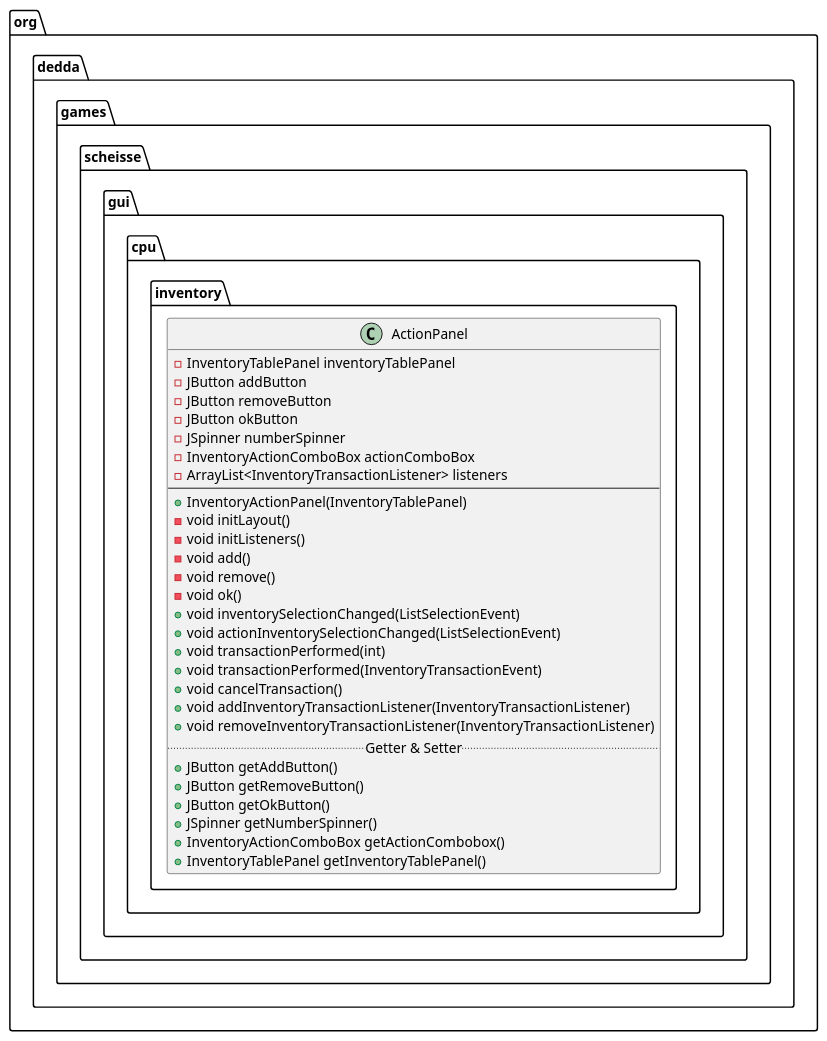
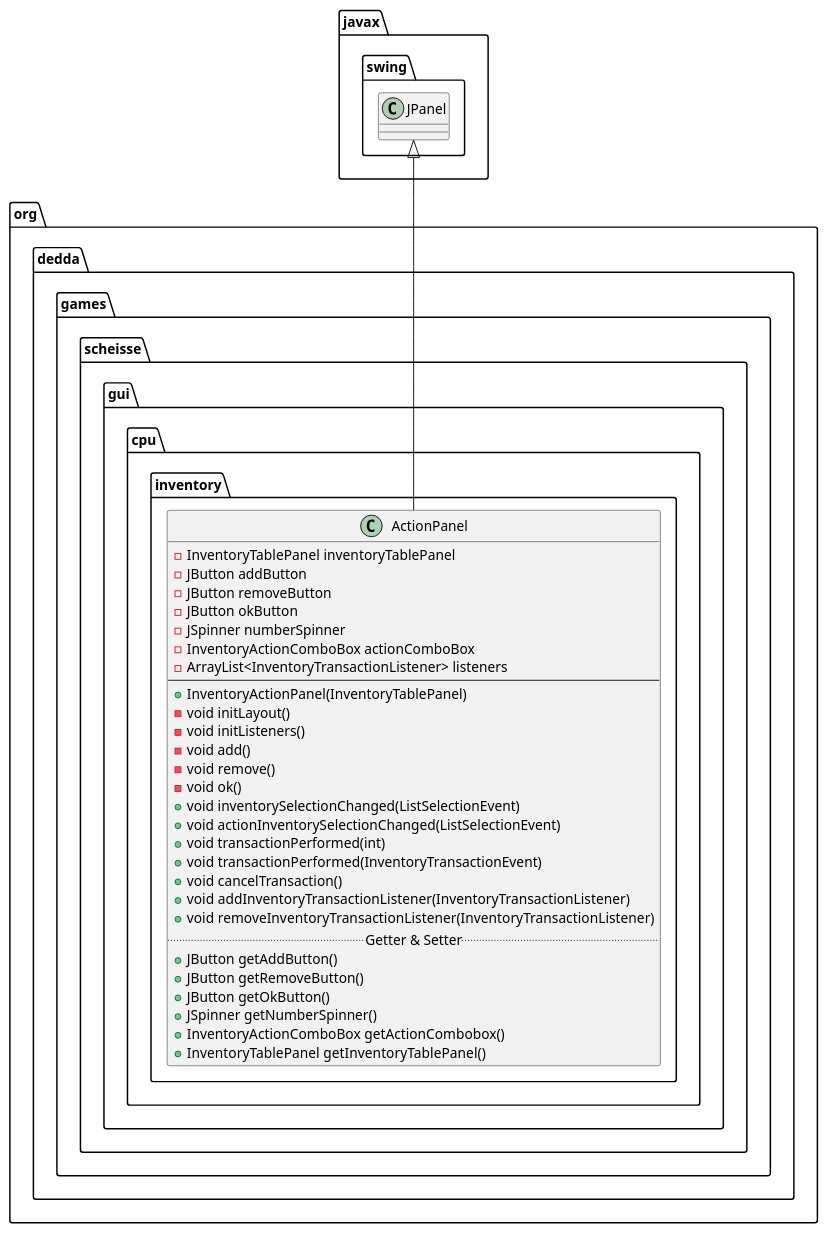
Before and after one commit to gitter-badger/scheisse: the diagram in uml/classes/org.dedda.games.scheisse.gui.cpu.inventory.ActionPanel.puml, drawn with PlantUML. The commit also changed 16 other files, not shown here.

Commit message:
added more classes to uml and started to implement service client classes

```diff
--- a/uml/classes/org.dedda.games.scheisse.gui.cpu.inventory.ActionPanel.puml
+++ b/uml/classes/org.dedda.games.scheisse.gui.cpu.inventory.ActionPanel.puml
@@ -1,32 +1,36 @@
 @startuml
+class javax.swing.JPanel
+
 class org.dedda.games.scheisse.gui.cpu.inventory.ActionPanel{
     - InventoryTablePanel inventoryTablePanel
     - JButton addButton
     - JButton removeButton
     - JButton okButton
     - JSpinner numberSpinner
     - InventoryActionComboBox actionComboBox
     - ArrayList<InventoryTransactionListener> listeners
     --
     + InventoryActionPanel(InventoryTablePanel)
     - void initLayout()
     - void initListeners()
     - void add()
     - void remove()
     - void ok()
     + void inventorySelectionChanged(ListSelectionEvent)
     + void actionInventorySelectionChanged(ListSelectionEvent)
     + void transactionPerformed(int)
     + void transactionPerformed(InventoryTransactionEvent)
     + void cancelTransaction()
     + void addInventoryTransactionListener(InventoryTransactionListener)
     + void removeInventoryTransactionListener(InventoryTransactionListener)
     .. Getter & Setter ..
     + JButton getAddButton()
     + JButton getRemoveButton()
     + JButton getOkButton()
     + JSpinner getNumberSpinner()
     + InventoryActionComboBox getActionCombobox()
     + InventoryTablePanel getInventoryTablePanel()
 }
+
+javax.swing.JPanel <|-- org.dedda.games.scheisse.gui.cpu.inventory.ActionPanel
 @enduml
```
